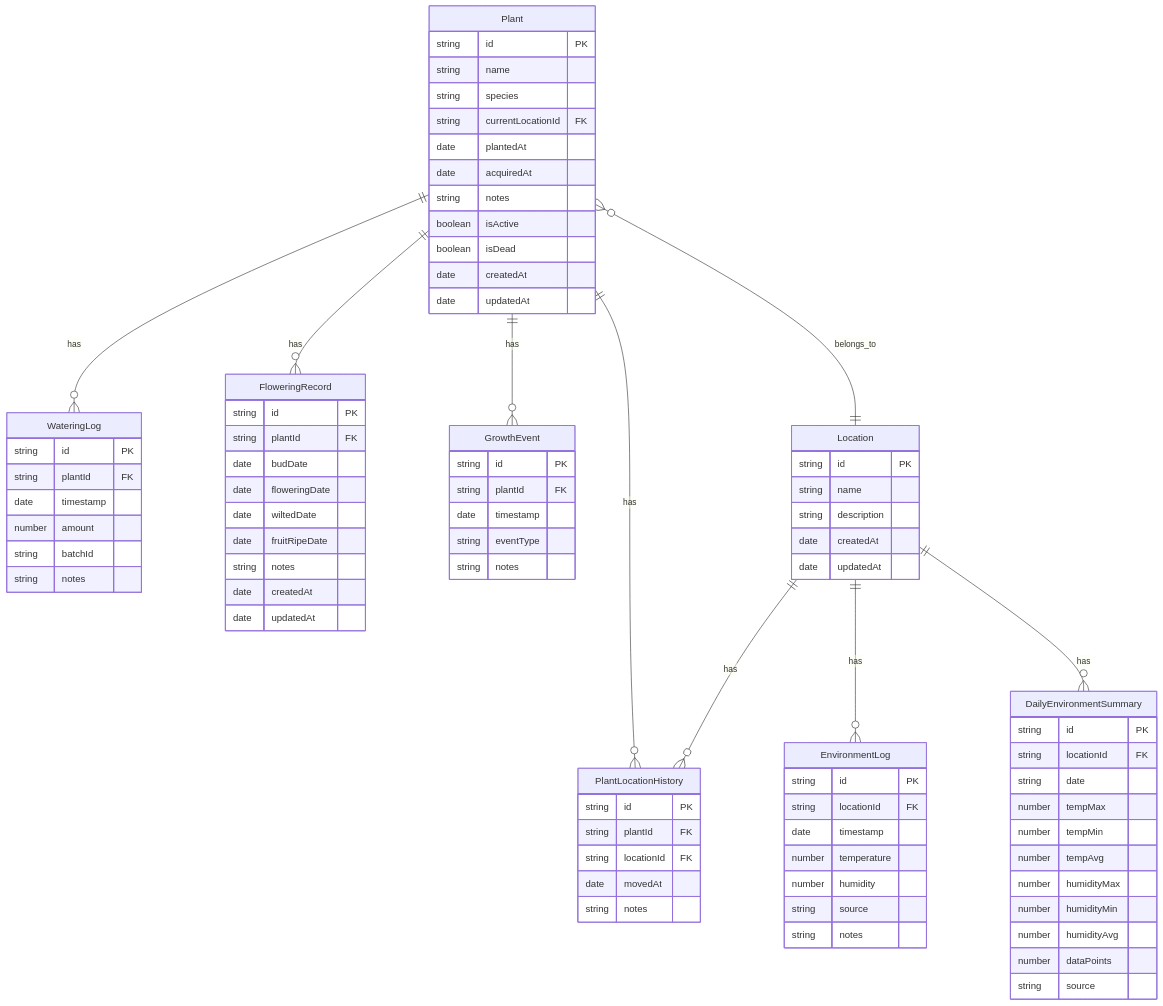
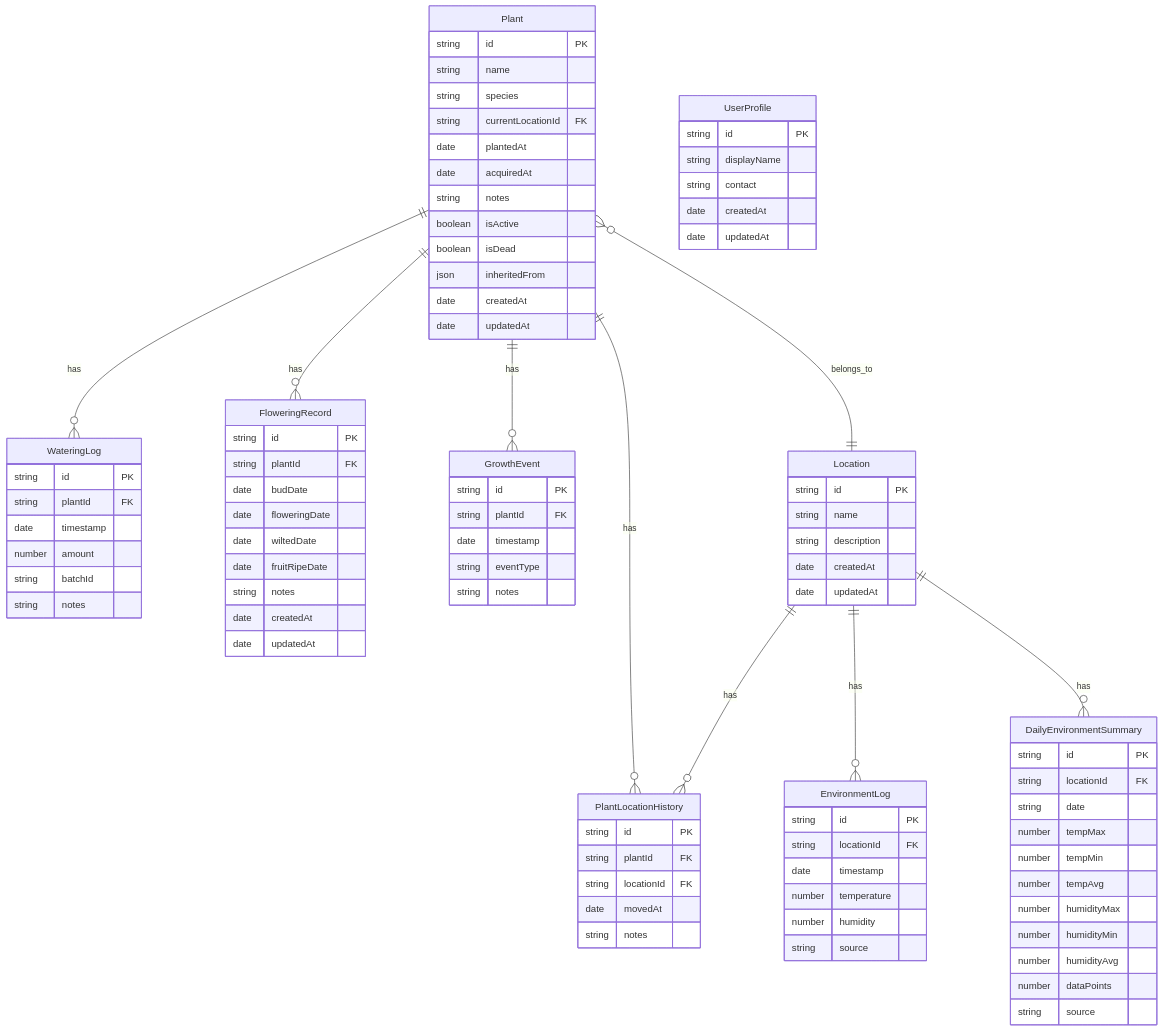
Diagram 18 of 19 in docs/app-flow-diagram.md (flat-lw/plalog), drawn with Mermaid before and after one commit. The commit also changed other lines of this file and 6 other files, not shown here.

First line of the commit message:
docs: フロー図をテンプレートに基づき全面改訂、仕様書を実装に合わせて更新

````diff
--- a/docs/app-flow-diagram.md
+++ b/docs/app-flow-diagram.md
@@ -213,6 +713,7 @@
         string notes
         boolean isActive
         boolean isDead
+        json inheritedFrom
         date createdAt
         date updatedAt
     }
@@ -261,7 +762,6 @@
         number temperature
         number humidity
         string source
-        string notes
     }
 
     DailyEnvironmentSummary {
@@ -285,4 +785,12 @@
         date movedAt
         string notes
     }
+
+    UserProfile {
+        string id PK
+        string displayName
+        string contact
+        date createdAt
+        date updatedAt
+    }
 ```
````
